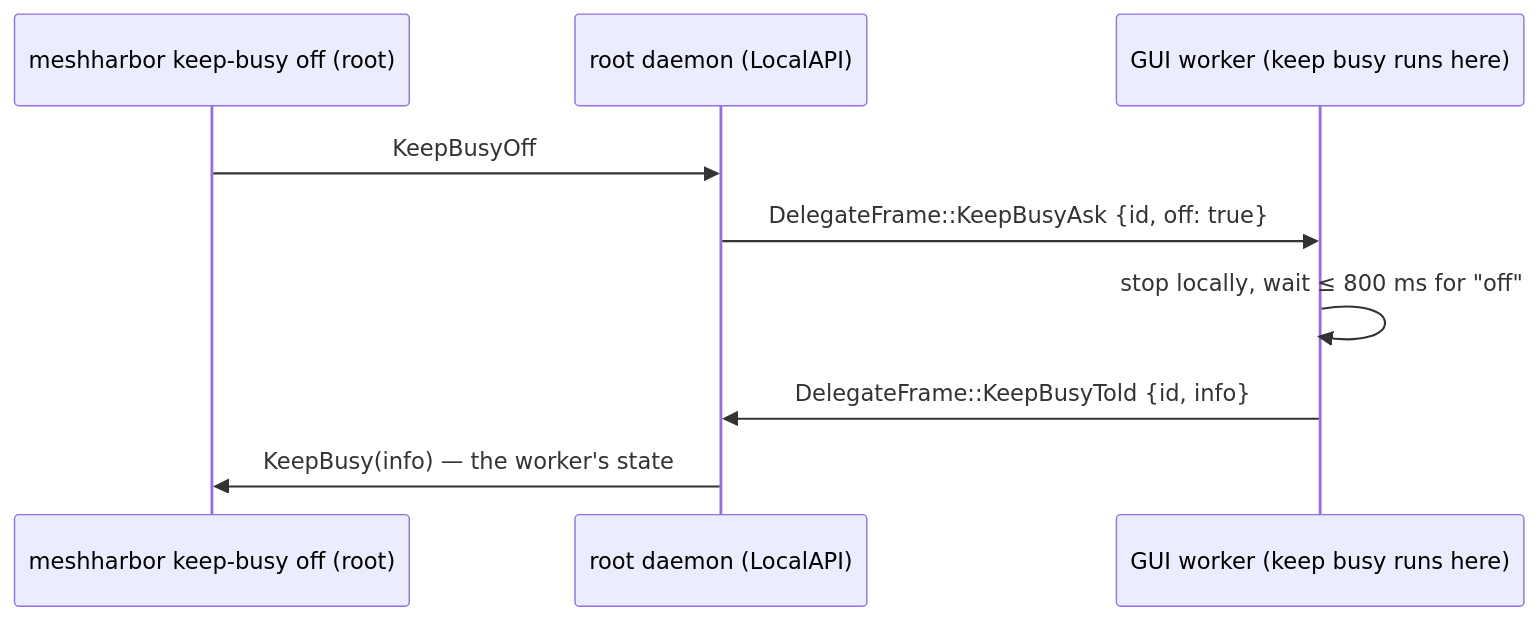
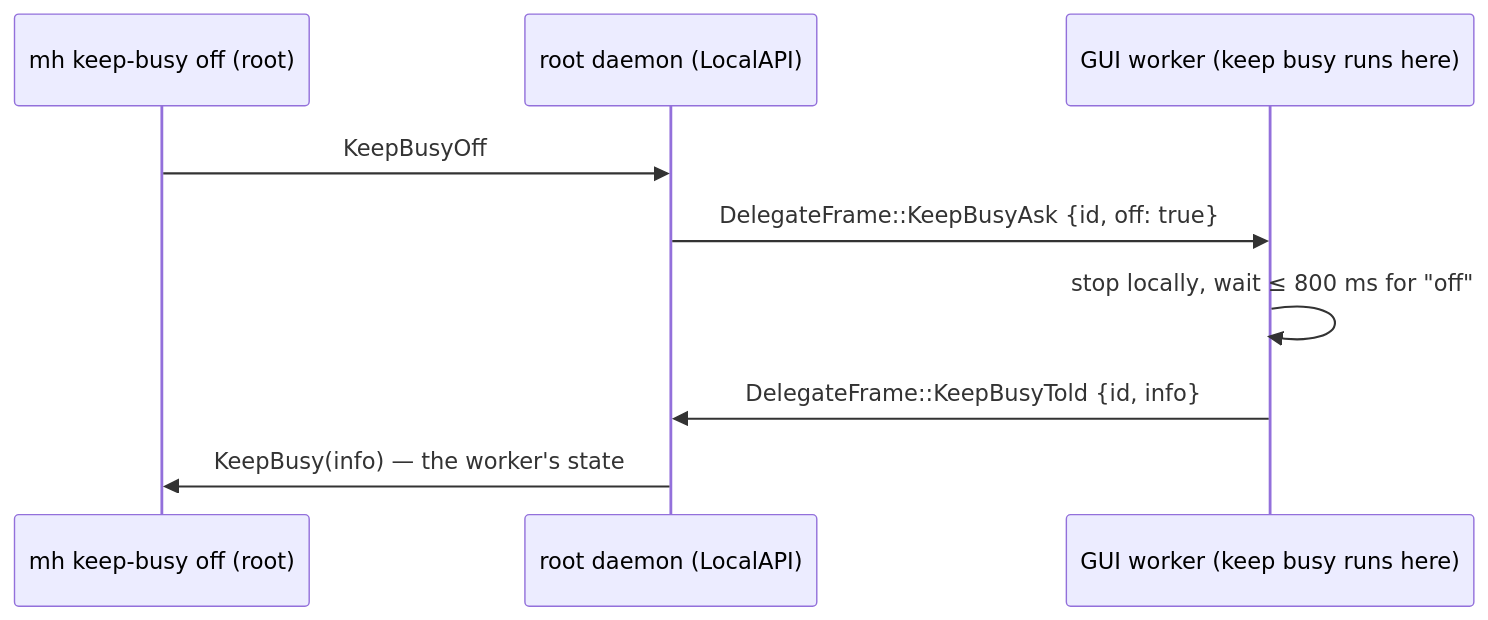
The sixth of 7 diagrams in docs/keep-busy.md (jk-zhang-meta/MeshHarbor), drawn with Mermaid before and after one commit. The commit also changed other lines of this file and 323 other files, not shown here.

````diff
--- a/docs/keep-busy.md
+++ b/docs/keep-busy.md
@@ -468,11 +468,11 @@
 ```mermaid
 sequenceDiagram
-  participant C as meshharbor keep-busy off (root)
+  participant C as mh keep-busy off (root)
   participant D as root daemon (LocalAPI)
   participant W as GUI worker (keep busy runs here)
   C->>D: KeepBusyOff
   D->>W: DelegateFrame::KeepBusyAsk {id, off: true}
   W->>W: stop locally, wait ≤ 800 ms for "off"
   W->>D: DelegateFrame::KeepBusyTold {id, info}
   D->>C: KeepBusy(info) — the worker's state
 ```
````
